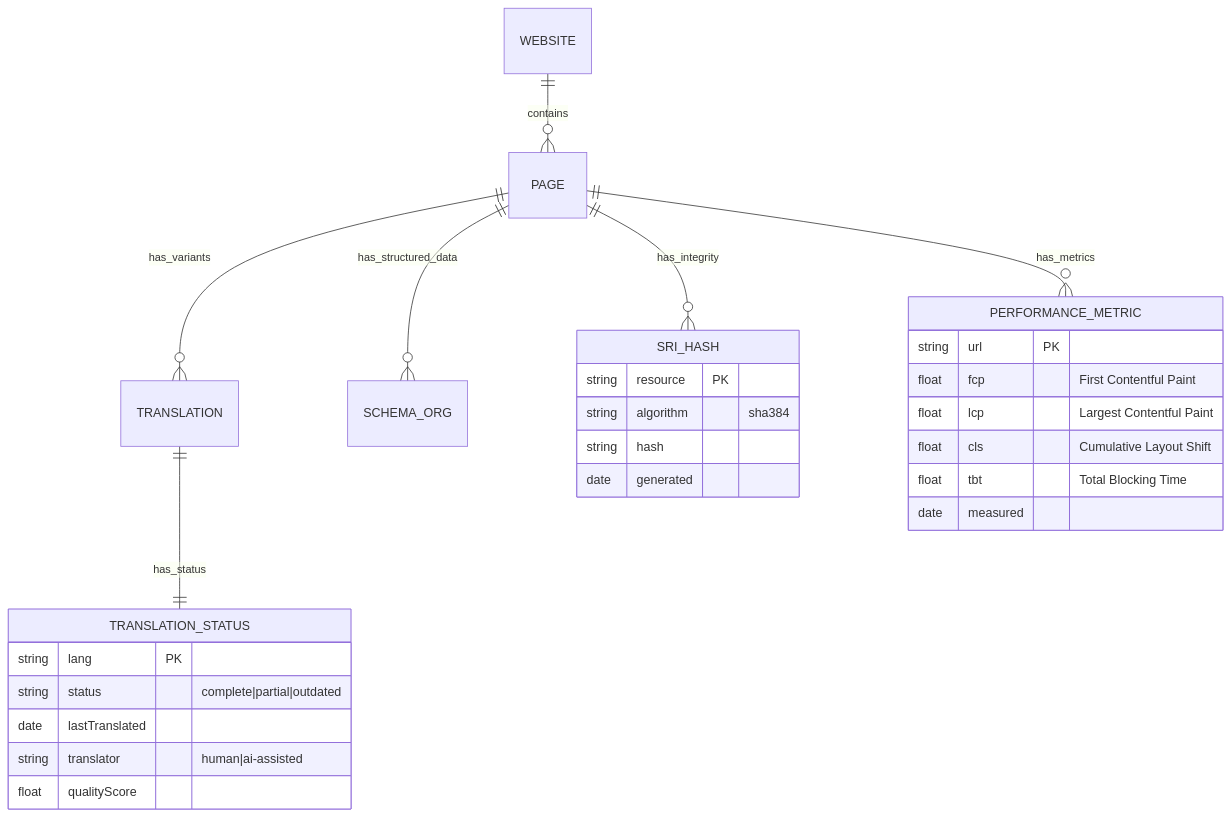
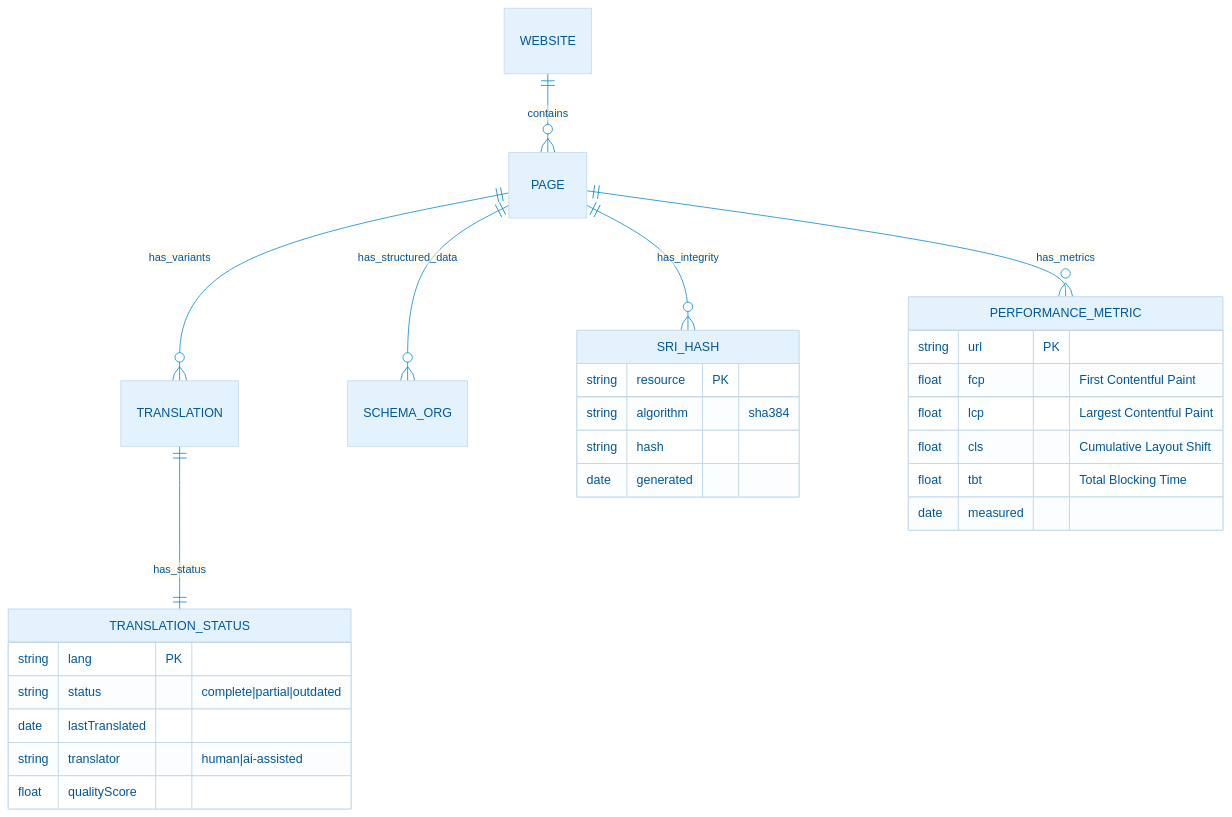
Before and after one commit to Hack23/homepage: the first of 2 diagrams in FUTURE_DATA_MODEL.md, drawn with Mermaid. The commit also changed other lines of this file and 30 other files, not shown here.

First line of the commit message:
Fix broken mermaid diagrams and add consistent theming to all 115 blocks

````diff
--- a/FUTURE_DATA_MODEL.md
+++ b/FUTURE_DATA_MODEL.md
@@ -49,35 +49,36 @@
 ```mermaid
+%%{init: {"theme": "base", "themeVariables": {"primaryColor": "#e3f2fd", "primaryTextColor": "#01579b", "lineColor": "#0288d1", "secondaryColor": "#f1f8e9", "tertiaryColor": "#fff8e1"}}}%%
 erDiagram
     WEBSITE ||--o{ PAGE : contains
     PAGE ||--o{ TRANSLATION : "has_variants"
     PAGE ||--o{ SCHEMA_ORG : "has_structured_data"
     PAGE ||--o{ SRI_HASH : "has_integrity"
 
     TRANSLATION ||--|| TRANSLATION_STATUS : "has_status"
 
     PAGE ||--o{ PERFORMANCE_METRIC : "has_metrics"
 
     TRANSLATION_STATUS {
         string lang PK
         string status "complete|partial|outdated"
         date lastTranslated
         string translator "human|ai-assisted"
         float qualityScore
     }
 
     SRI_HASH {
         string resource PK
         string algorithm "sha384"
         string hash
         date generated
     }
 
     PERFORMANCE_METRIC {
         string url PK
         float fcp "First Contentful Paint"
         float lcp "Largest Contentful Paint"
         float cls "Cumulative Layout Shift"
         float tbt "Total Blocking Time"
         date measured
     }
 ```
````
